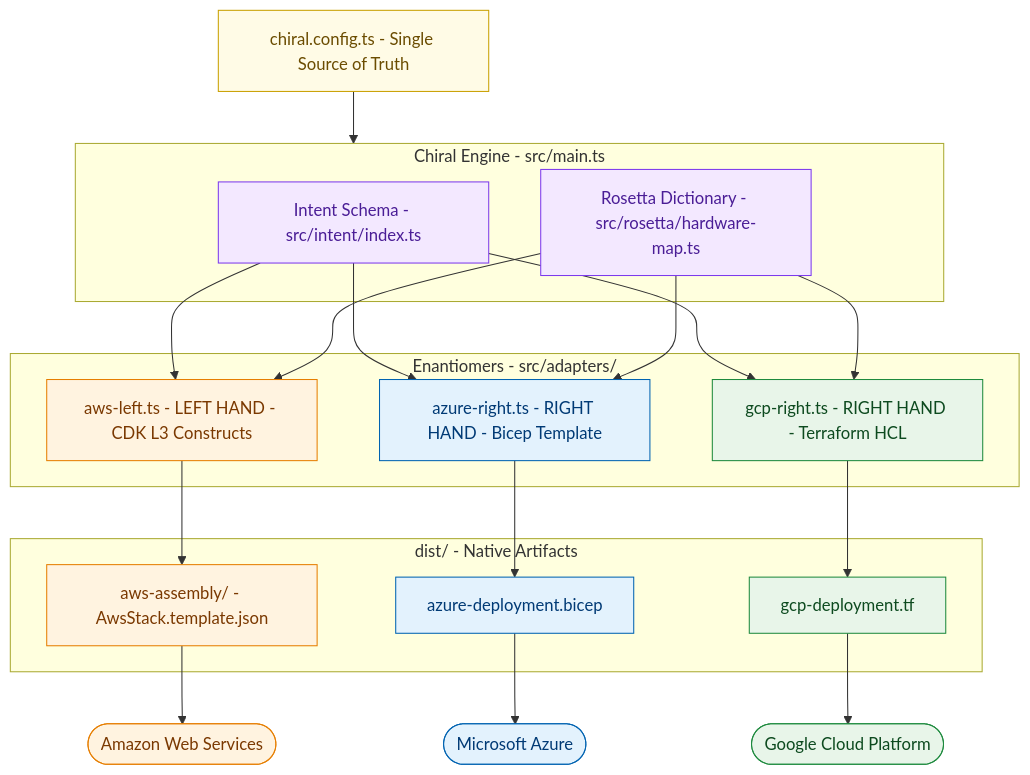
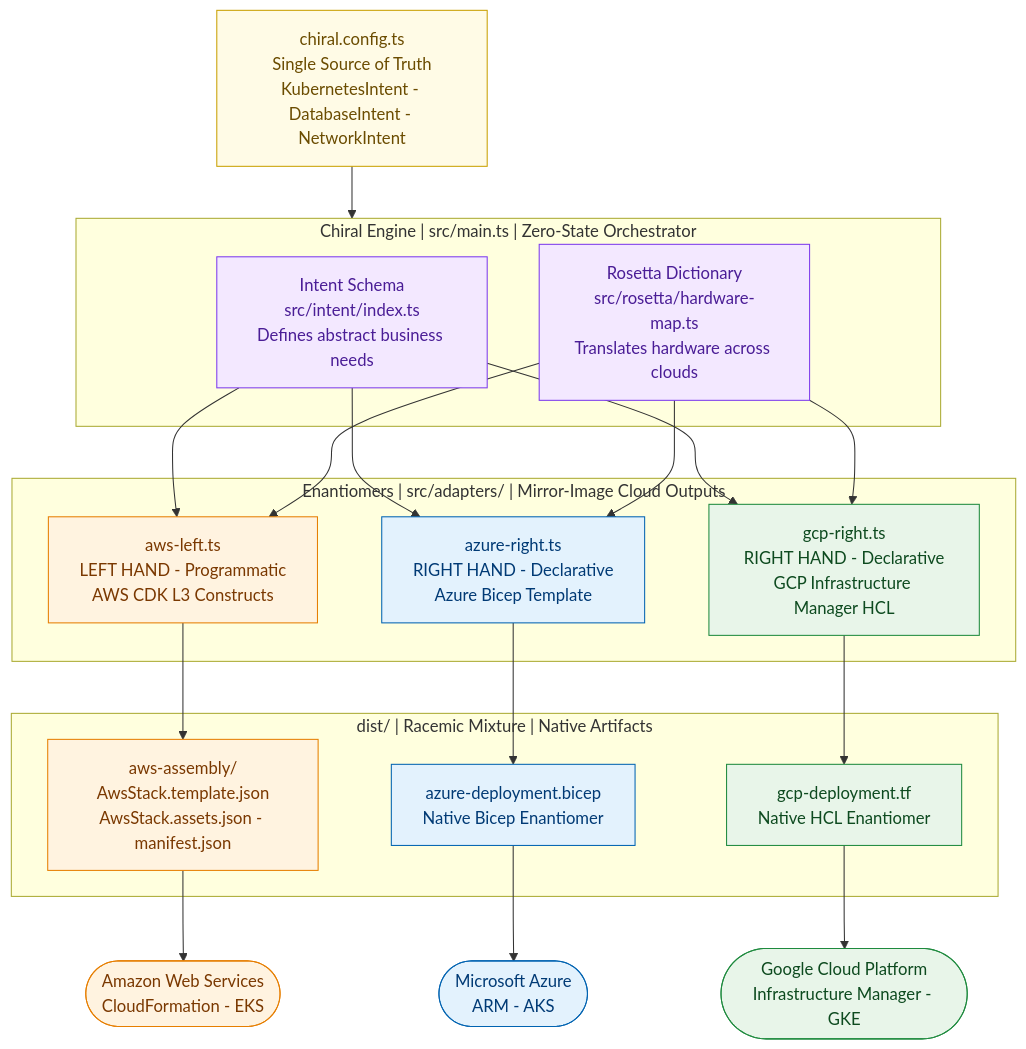
One commit to lloydchang/chiral-infrastructure-as-code changed the diagram in README.md. Above: the diagram before and after it, drawn with Mermaid.

Commit message:
docs: Enhance README with detailed subgraph descriptions

````diff
--- a/README.md
+++ b/README.md
@@ -240,45 +240,45 @@
 ```mermaid
 flowchart TD
     classDef config  fill:#fffbe6,stroke:#c9a000,color:#6b4c00
     classDef engine  fill:#f3e8ff,stroke:#7c3aed,color:#4a1d96
     classDef awsNode fill:#fff3e0,stroke:#e67e00,color:#7a3800
     classDef azNode  fill:#e3f2fd,stroke:#0063b1,color:#003a75
     classDef gcpNode fill:#e8f5e9,stroke:#1e8a3e,color:#0d4a1f
 
-    CONFIG[chiral.config.ts - Single Source of Truth]:::config
+    CONFIG["chiral.config.ts<br/>Single Source of Truth<br/>KubernetesIntent - DatabaseIntent - NetworkIntent"]:::config
 
-    subgraph ENGINE[Chiral Engine - src/main.ts]
-        INTENT[Intent Schema - src/intent/index.ts]:::engine
-        ROSETTA[Rosetta Dictionary - src/rosetta/hardware-map.ts]:::engine
+    subgraph ENGINE["Chiral Engine  |  src/main.ts  |  Zero-State Orchestrator"]
+        INTENT["Intent Schema<br/>src/intent/index.ts<br/>Defines abstract business needs"]:::engine
+        ROSETTA["Rosetta Dictionary<br/>src/rosetta/hardware-map.ts<br/>Translates hardware across clouds"]:::engine
     end
 
-    subgraph ADAPTERS[Enantiomers - src/adapters/]
-        AWS_A[aws-left.ts - LEFT HAND - CDK L3 Constructs]:::awsNode
-        AZURE_A[azure-right.ts - RIGHT HAND - Bicep Template]:::azNode
-        GCP_A[gcp-right.ts - RIGHT HAND - Terraform HCL]:::gcpNode
+    subgraph ADAPTERS["Enantiomers  |  src/adapters/  |  Mirror-Image Cloud Outputs"]
+        AWS_A["aws-left.ts<br/>LEFT HAND - Programmatic<br/>AWS CDK L3 Constructs"]:::awsNode
+        AZURE_A["azure-right.ts<br/>RIGHT HAND - Declarative<br/>Azure Bicep Template"]:::azNode
+        GCP_A["gcp-right.ts<br/>RIGHT HAND - Declarative<br/>GCP Infrastructure Manager HCL"]:::gcpNode
     end
 
-    subgraph DIST[dist/ - Native Artifacts]
-        AWS_D[aws-assembly/ - AwsStack.template.json]:::awsNode
-        AZURE_D[azure-deployment.bicep]:::azNode
-        GCP_D[gcp-deployment.tf]:::gcpNode
+    subgraph DIST["dist/  |  Racemic Mixture  |  Native Artifacts"]
+        AWS_D["aws-assembly/<br/>AwsStack.template.json<br/>AwsStack.assets.json - manifest.json"]:::awsNode
+        AZURE_D["azure-deployment.bicep<br/>Native Bicep Enantiomer"]:::azNode
+        GCP_D["gcp-deployment.tf<br/>Native HCL Enantiomer"]:::gcpNode
     end
 
-    AWS_C([Amazon Web Services]):::awsNode
-    AZURE_C([Microsoft Azure]):::azNode
-    GCP_C([Google Cloud Platform]):::gcpNode
+    AWS_C(["Amazon Web Services<br/>CloudFormation - EKS"]):::awsNode
+    AZURE_C(["Microsoft Azure<br/>ARM - AKS"]):::azNode
+    GCP_C(["Google Cloud Platform<br/>Infrastructure Manager - GKE"]):::gcpNode
 
     CONFIG --> ENGINE
     INTENT --> AWS_A
     INTENT --> AZURE_A
     INTENT --> GCP_A
     ROSETTA --> AWS_A
     ROSETTA --> AZURE_A
     ROSETTA --> GCP_A
     AWS_A --> AWS_D
     AZURE_A --> AZURE_D
     GCP_A --> GCP_D
     AWS_D --> AWS_C
     AZURE_D --> AZURE_C
     GCP_D --> GCP_C
 ```
````
